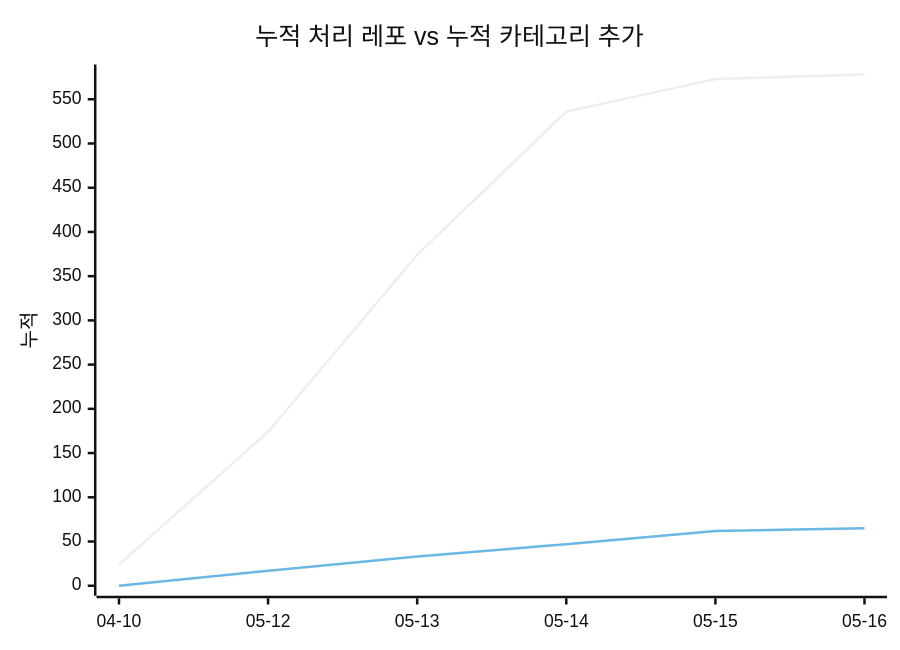
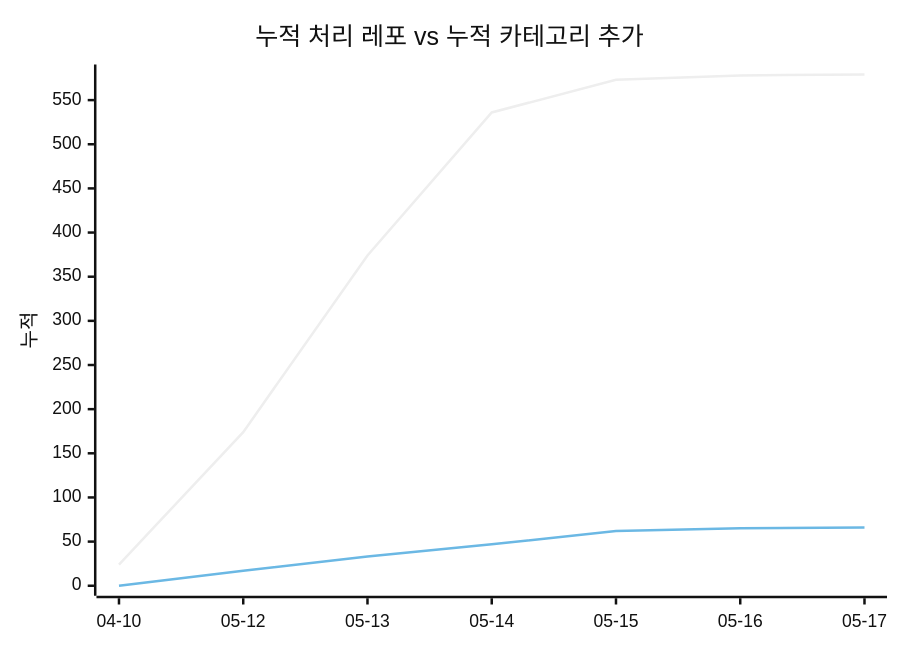
The second of 2 diagrams in docs/trends.md (J-nowcow/awesome-korean-agent-skills), drawn with Mermaid (neutral theme) before and after one commit. The commit also changed other lines of this file and 4 other files, not shown here.

````diff
--- a/docs/trends.md
+++ b/docs/trends.md
@@ -60,8 +61,8 @@
 ```mermaid
 xychart-beta
     title "누적 처리 레포 vs 누적 카테고리 추가"
-    x-axis ["04-10","05-12","05-13","05-14","05-15","05-16"]
+    x-axis ["04-10","05-12","05-13","05-14","05-15","05-16","05-17"]
     y-axis "누적"
-    line [24,174,374,536,573,578]
-    line [0,17,33,47,62,65]
+    line [24,174,374,536,573,578,579]
+    line [0,17,33,47,62,65,66]
 ```
````
